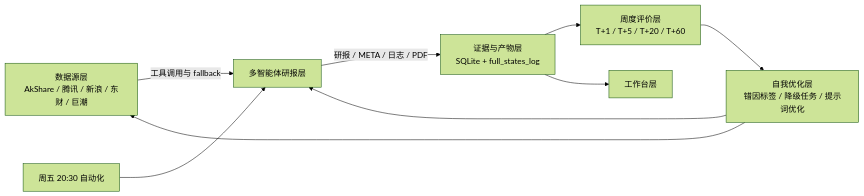
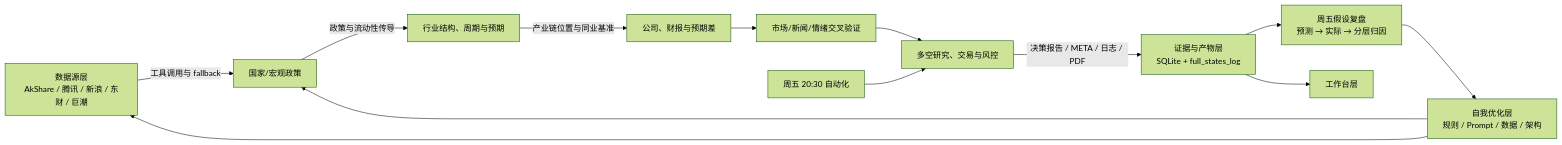
Before and after one commit to xuxu8421/alpha-trading-agents: the diagram in docs/alpha_rnd_architecture.md, drawn with Mermaid (forest theme). The commit also changed other lines of this file and 8 other files, not shown here.

````diff
--- a/docs/alpha_rnd_architecture.md
+++ b/docs/alpha_rnd_architecture.md
@@ -5,11 +5,15 @@
 ```mermaid
 flowchart LR
-    S[数据源层<br/>AkShare / 腾讯 / 新浪 / 东财 / 巨潮] -->|工具调用与 fallback| A[多智能体研报层]
-    A -->|研报 / META / 日志 / PDF| D[证据与产物层<br/>SQLite + full_states_log]
-    D --> E[周度评价层<br/>T+1 / T+5 / T+20 / T+60]
-    E --> I[自我优化层<br/>错因标签 / 降级任务 / 提示词优化]
-    I --> S
-    I --> A
+    S[数据源层<br/>AkShare / 腾讯 / 新浪 / 东财 / 巨潮] -->|工具调用与 fallback| M[国家/宏观政策]
+    M -->|政策与流动性传导| I[行业结构、周期与预期]
+    I -->|产业链位置与同业基准| C[公司、财报与预期差]
+    C --> F[市场/新闻/情绪交叉验证]
+    F --> A[多空研究、交易与风控]
+    A -->|决策报告 / META / 日志 / PDF| D[证据与产物层<br/>SQLite + full_states_log]
+    D --> E[周五假设复盘<br/>预测 → 实际 → 分层归因]
+    E --> O[自我优化层<br/>规则 / Prompt / 数据 / 架构]
+    O --> S
+    O --> M
     D --> W[工作台层]
     T[周五 20:30 自动化] --> A
 ```
````
